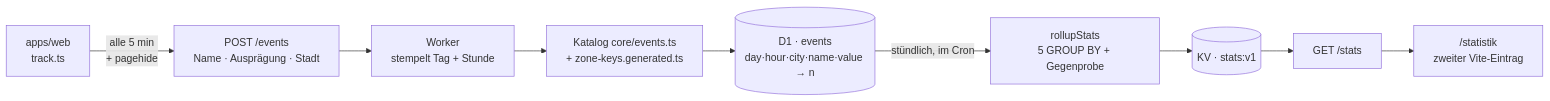
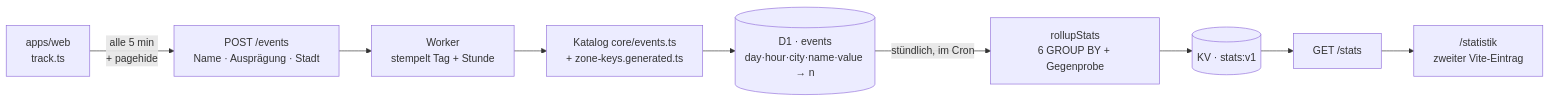
Before and after one commit to knoellchenfrei/knoellchenfrei: the fifth of 5 diagrams in docs/architecture.md, drawn with Mermaid. The commit also changed other lines of this file and 12 other files, not shown here.

````diff
--- a/docs/architecture.md
+++ b/docs/architecture.md
@@ -236,10 +236,10 @@
 ```mermaid
 flowchart LR
     A["apps/web<br/>track.ts"] -->|"alle 5 min<br/>+ pagehide"| E["POST /events<br/>Name · Ausprägung · Stadt"]
     E --> W["Worker<br/>stempelt Tag + Stunde"]
     W --> K["Katalog core/events.ts<br/>+ zone-keys.generated.ts"]
     K --> D[("D1 · events<br/>day·hour·city·name·value → n")]
-    D -->|"stündlich, im Cron"| R["rollupStats<br/>5 GROUP BY + Gegenprobe"]
+    D -->|"stündlich, im Cron"| R["rollupStats<br/>6 GROUP BY + Gegenprobe"]
     R --> KV[("KV · stats:v1")]
     KV --> S["GET /stats"] --> P["/statistik<br/>zweiter Vite-Eintrag"]
 ```
````
